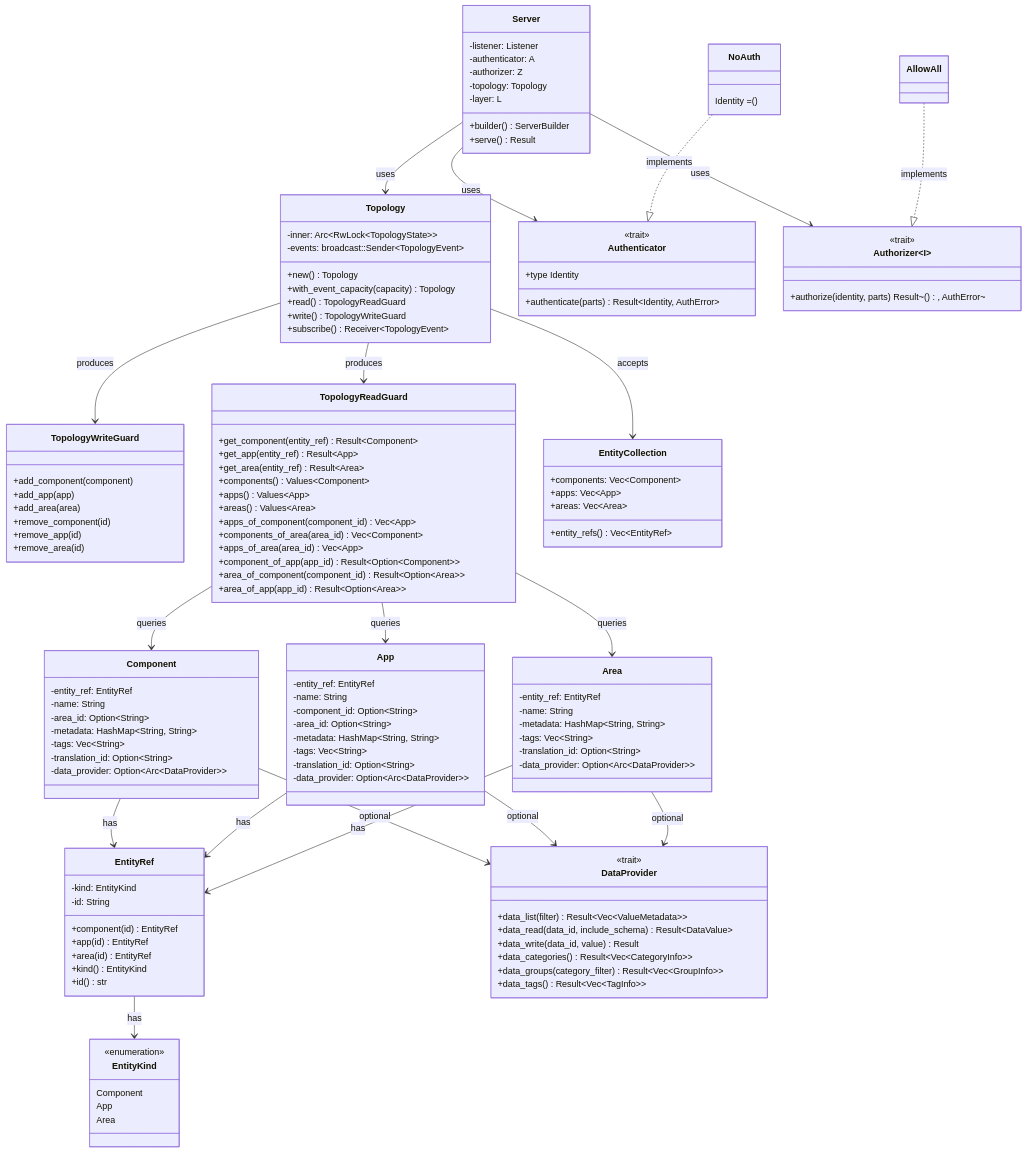
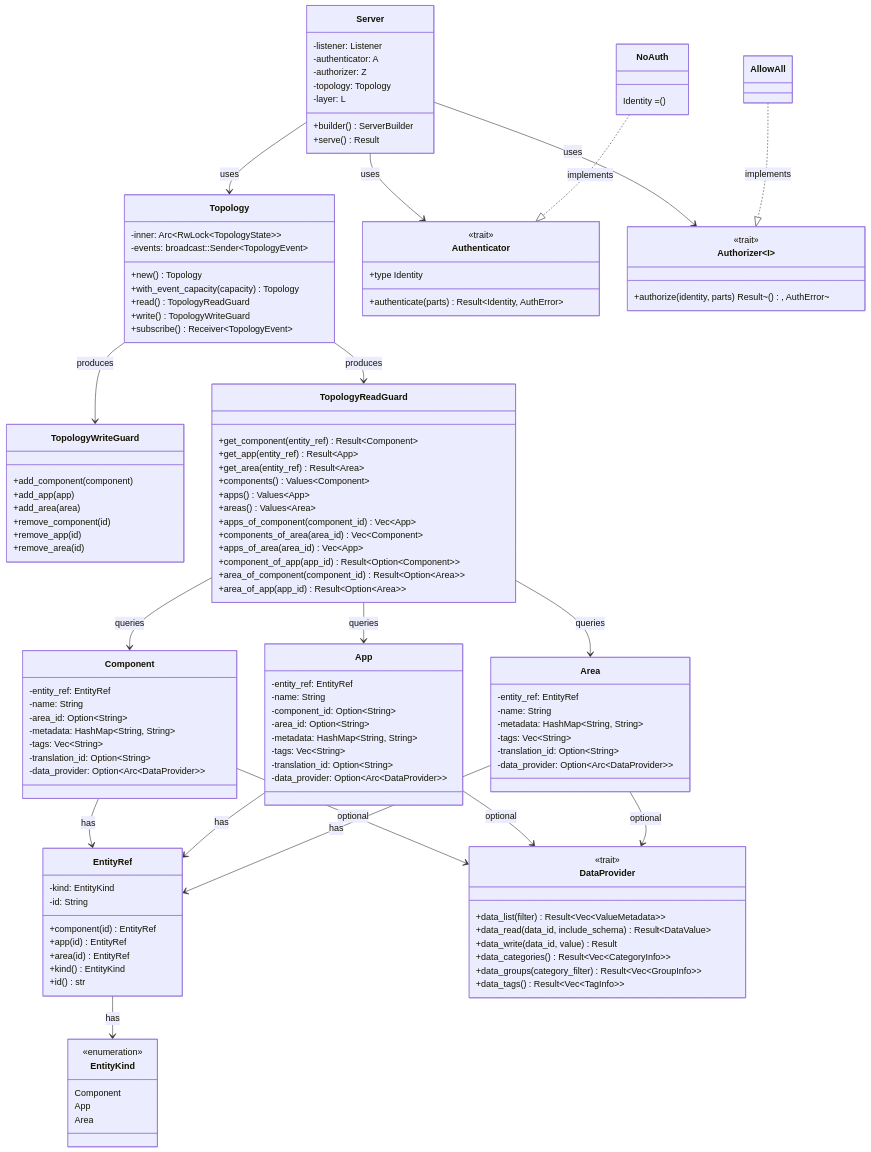
Before and after one commit to IoanAndrasi/opensovd-core: the first of 2 diagrams in docs/architecture.md, drawn with Mermaid. The commit also changed other lines of this file and 20 other files, not shown here.

````diff
--- a/docs/architecture.md
+++ b/docs/architecture.md
@@ -97,13 +97,6 @@
         -data_provider: Option~Arc~DataProvider~~
     }
 
-    class EntityCollection {
-        +components: Vec~Component~
-        +apps: Vec~App~
-        +areas: Vec~Area~
-        +entity_refs() Vec~EntityRef~
-    }
-
     class Authenticator {
         <<trait>>
         +type Identity
@@ -148,5 +141,4 @@
     EntityRef --> EntityKind : has
     NoAuth ..|> Authenticator : implements
     AllowAll ..|> Authorizer : implements
-    Topology --> EntityCollection : accepts
 ```
````
